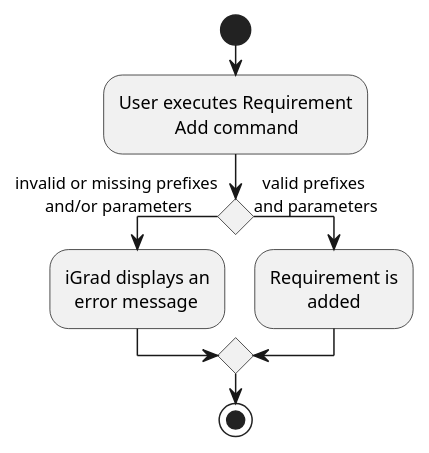
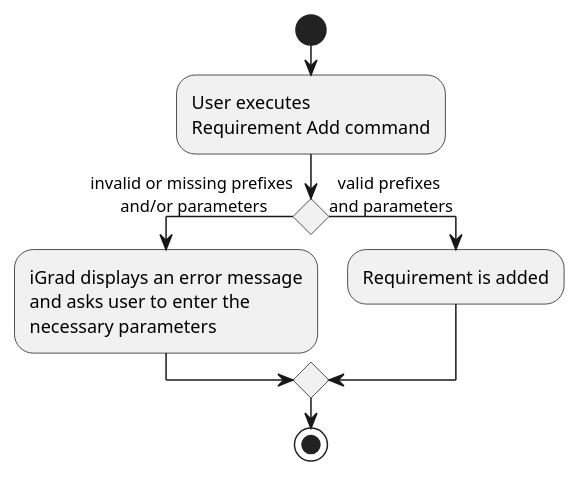
One commit to yjskrs/main changed the diagram in docs/diagrams/Requirement/RequirementAddActivityDiagram.puml. Above: the diagram before and after it, drawn with PlantUML. The commit also changed 4 other files, not shown here.

```diff
--- a/docs/diagrams/Requirement/RequirementAddActivityDiagram.puml
+++ b/docs/diagrams/Requirement/RequirementAddActivityDiagram.puml
@@ -1,11 +1,11 @@
 @startuml
 start
-:User executes Requirement\n            Add command;
+:User executes\nRequirement Add command;
 
 if () then (invalid or missing prefixes\n       and/or parameters)
-    :iGrad displays an\n  error message;
+    :iGrad displays an error message\nand asks user to enter the\nnecessary parameters;
 else (  valid prefixes\nand parameters)
-    :Requirement is\n        added;
+    :Requirement is added;
 endif
 stop
 @enduml
```
